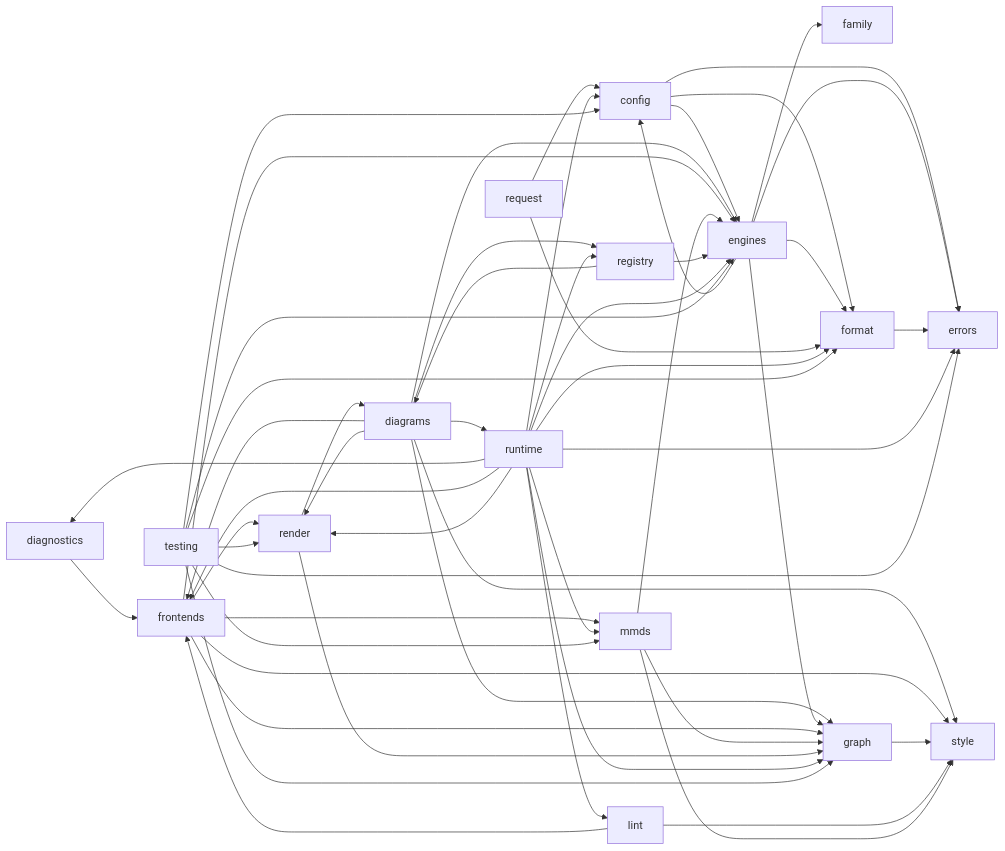
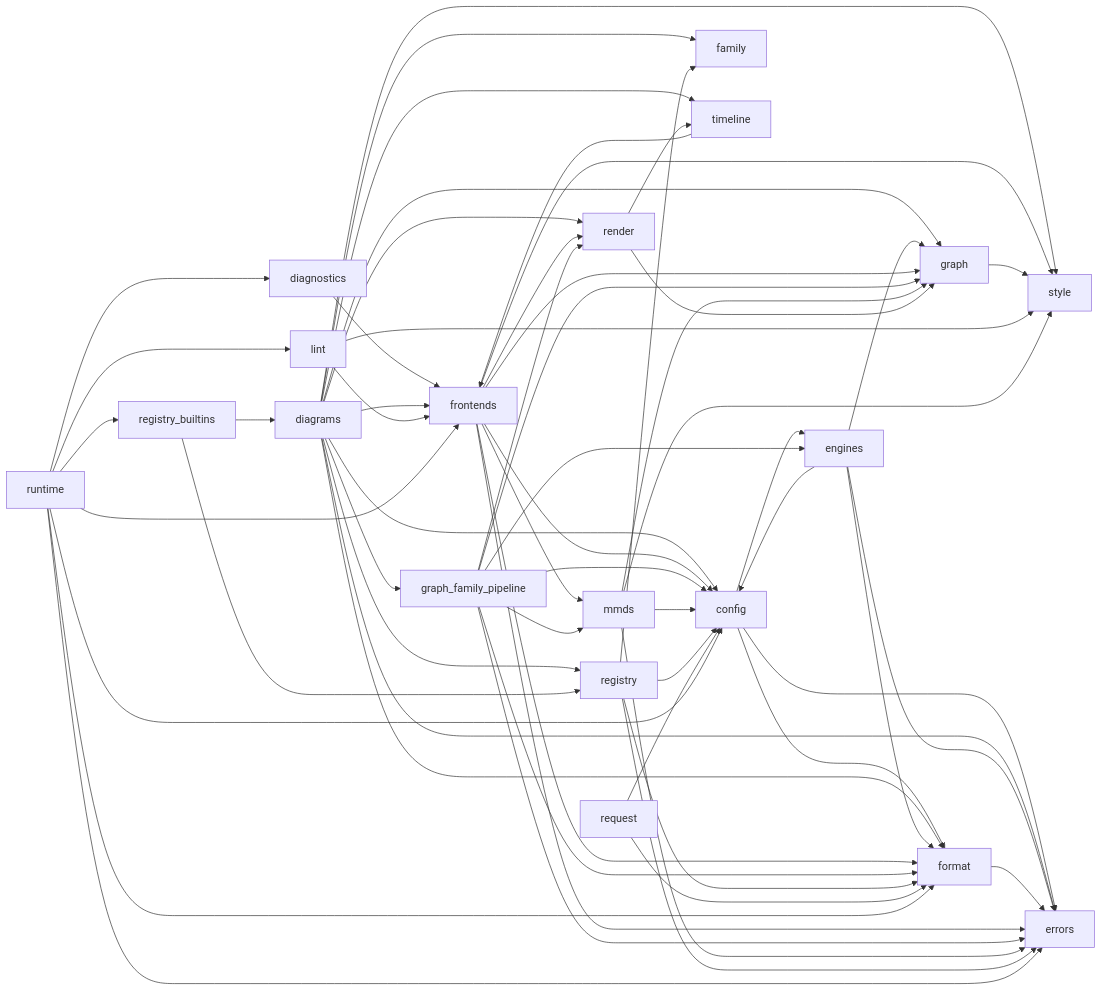
Before and after one commit to kevinswiber/mmdflux: the diagram in docs/architecture/module-dependency-map.mmd, drawn with Mermaid. The commit also changed 5 other files, not shown here.

```diff
--- a/docs/architecture/module-dependency-map.mmd
+++ b/docs/architecture/module-dependency-map.mmd
@@ -1,73 +1,82 @@
 %% Generated by scripts/generate-rust-module-deps.py
 %% crate-root: src/lib.rs
 %% max-depth: 1
 flowchart LR
     mod_config["config"]
     mod_diagnostics["diagnostics"]
     mod_diagrams["diagrams"]
     mod_engines["engines"]
     mod_errors["errors"]
     mod_family["family"]
     mod_format["format"]
     mod_frontends["frontends"]
     mod_graph["graph"]
+    mod_graph_family_pipeline["graph_family_pipeline"]
     mod_lint["lint"]
     mod_mmds["mmds"]
     mod_registry["registry"]
+    mod_registry_builtins["registry_builtins"]
     mod_render["render"]
     mod_request["request"]
     mod_runtime["runtime"]
     mod_style["style"]
-    mod_testing["testing"]
+    mod_timeline["timeline"]
     mod_config --> mod_engines
     mod_config --> mod_errors
     mod_config --> mod_format
     mod_diagnostics --> mod_frontends
-    mod_diagrams --> mod_engines
+    mod_diagrams --> mod_config
+    mod_diagrams --> mod_errors
+    mod_diagrams --> mod_family
+    mod_diagrams --> mod_format
     mod_diagrams --> mod_frontends
     mod_diagrams --> mod_graph
+    mod_diagrams --> mod_graph_family_pipeline
     mod_diagrams --> mod_registry
     mod_diagrams --> mod_render
-    mod_diagrams --> mod_runtime
     mod_diagrams --> mod_style
+    mod_diagrams --> mod_timeline
     mod_engines --> mod_config
     mod_engines --> mod_errors
-    mod_engines --> mod_family
     mod_engines --> mod_format
     mod_engines --> mod_graph
     mod_format --> mod_errors
-    mod_frontends --> mod_engines
+    mod_frontends --> mod_config
+    mod_frontends --> mod_errors
+    mod_frontends --> mod_format
     mod_frontends --> mod_graph
     mod_frontends --> mod_mmds
     mod_frontends --> mod_render
     mod_frontends --> mod_style
     mod_graph --> mod_style
+    mod_graph_family_pipeline --> mod_config
+    mod_graph_family_pipeline --> mod_engines
+    mod_graph_family_pipeline --> mod_errors
+    mod_graph_family_pipeline --> mod_format
+    mod_graph_family_pipeline --> mod_graph
+    mod_graph_family_pipeline --> mod_mmds
+    mod_graph_family_pipeline --> mod_render
     mod_lint --> mod_frontends
     mod_lint --> mod_style
-    mod_mmds --> mod_engines
+    mod_mmds --> mod_config
+    mod_mmds --> mod_errors
     mod_mmds --> mod_graph
     mod_mmds --> mod_style
-    mod_registry --> mod_diagrams
-    mod_registry --> mod_engines
-    mod_render --> mod_diagrams
+    mod_registry --> mod_config
+    mod_registry --> mod_errors
+    mod_registry --> mod_family
+    mod_registry --> mod_format
+    mod_registry_builtins --> mod_diagrams
+    mod_registry_builtins --> mod_registry
     mod_render --> mod_graph
+    mod_render --> mod_timeline
     mod_request --> mod_config
     mod_request --> mod_format
     mod_runtime --> mod_config
     mod_runtime --> mod_diagnostics
-    mod_runtime --> mod_engines
     mod_runtime --> mod_errors
     mod_runtime --> mod_format
     mod_runtime --> mod_frontends
-    mod_runtime --> mod_graph
     mod_runtime --> mod_lint
-    mod_runtime --> mod_mmds
-    mod_runtime --> mod_registry
-    mod_runtime --> mod_render
-    mod_testing --> mod_config
-    mod_testing --> mod_engines
-    mod_testing --> mod_errors
-    mod_testing --> mod_format
-    mod_testing --> mod_graph
-    mod_testing --> mod_mmds
-    mod_testing --> mod_render
+    mod_runtime --> mod_registry_builtins
+    mod_timeline --> mod_frontends
```
